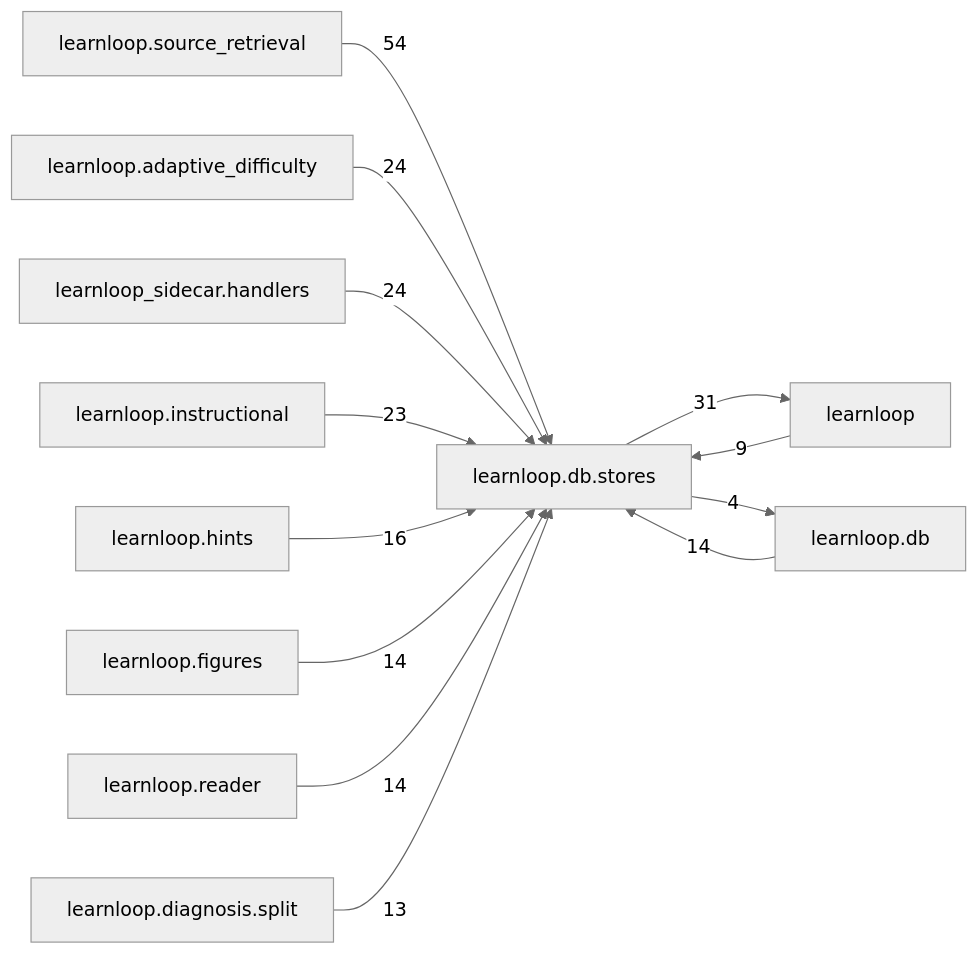
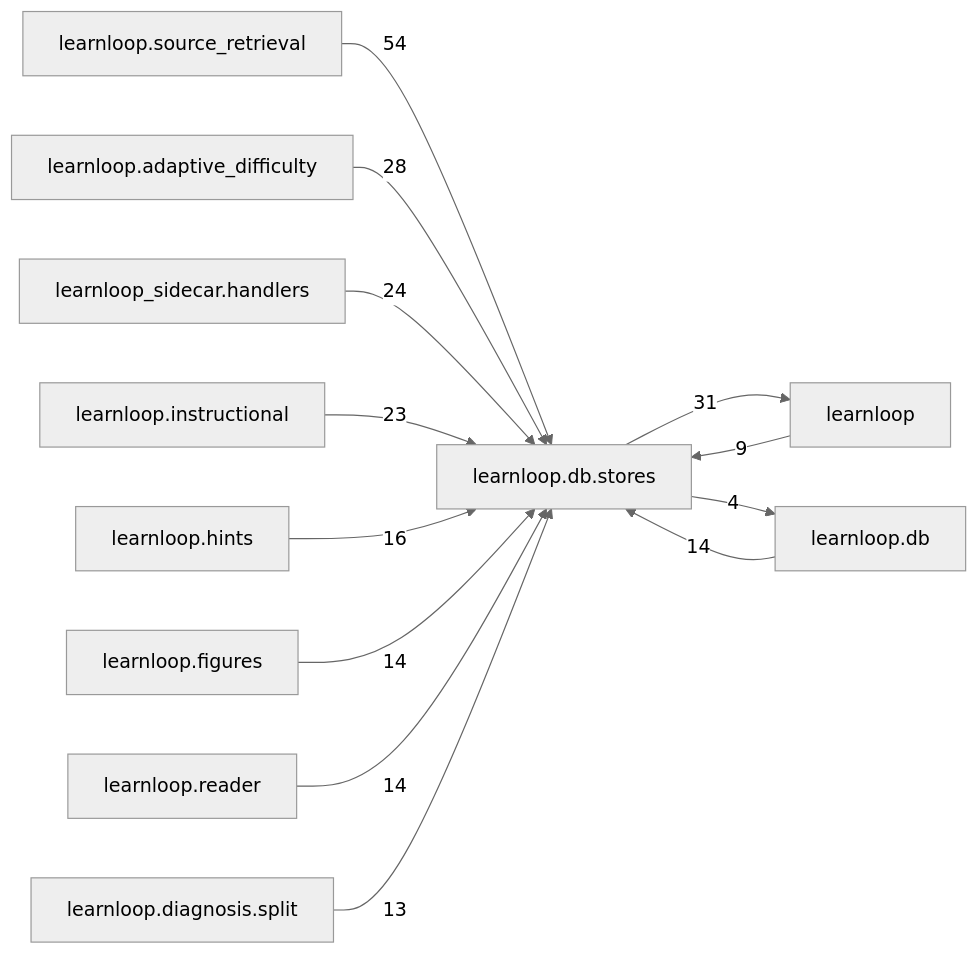
One commit to 6up-b/learnanything changed the diagram in docs/learnloop-architecture-vault/Reference/Modules/learnloop/db/stores/_package.md. Above: the diagram before and after it, drawn with Mermaid (neutral theme). The commit also changed other lines of this file and 638 other files, not shown here.

````diff
--- a/docs/learnloop-architecture-vault/Reference/Modules/learnloop/db/stores/_package.md
+++ b/docs/learnloop-architecture-vault/Reference/Modules/learnloop/db/stores/_package.md
@@ -218,26 +218,26 @@
 ```mermaid
 flowchart LR
     center["learnloop.db.stores"]
     n_learnloop_source_retrieval["learnloop.source_retrieval"]
     n_learnloop["learnloop"]
     n_learnloop_adaptive_difficulty["learnloop.adaptive_difficulty"]
     n_learnloop_sidecar_handlers["learnloop_sidecar.handlers"]
     n_learnloop_instructional["learnloop.instructional"]
     n_learnloop_db["learnloop.db"]
     n_learnloop_hints["learnloop.hints"]
     n_learnloop_figures["learnloop.figures"]
     n_learnloop_reader["learnloop.reader"]
     n_learnloop_diagnosis_split["learnloop.diagnosis.split"]
     n_learnloop_source_retrieval -->|54| center
     n_learnloop -->|9| center
     center -->|31| n_learnloop
-    n_learnloop_adaptive_difficulty -->|24| center
+    n_learnloop_adaptive_difficulty -->|28| center
     n_learnloop_sidecar_handlers -->|24| center
     n_learnloop_instructional -->|23| center
     n_learnloop_db -->|14| center
     center -->|4| n_learnloop_db
     n_learnloop_hints -->|16| center
     n_learnloop_figures -->|14| center
     n_learnloop_reader -->|14| center
     n_learnloop_diagnosis_split -->|13| center
 ```
````
